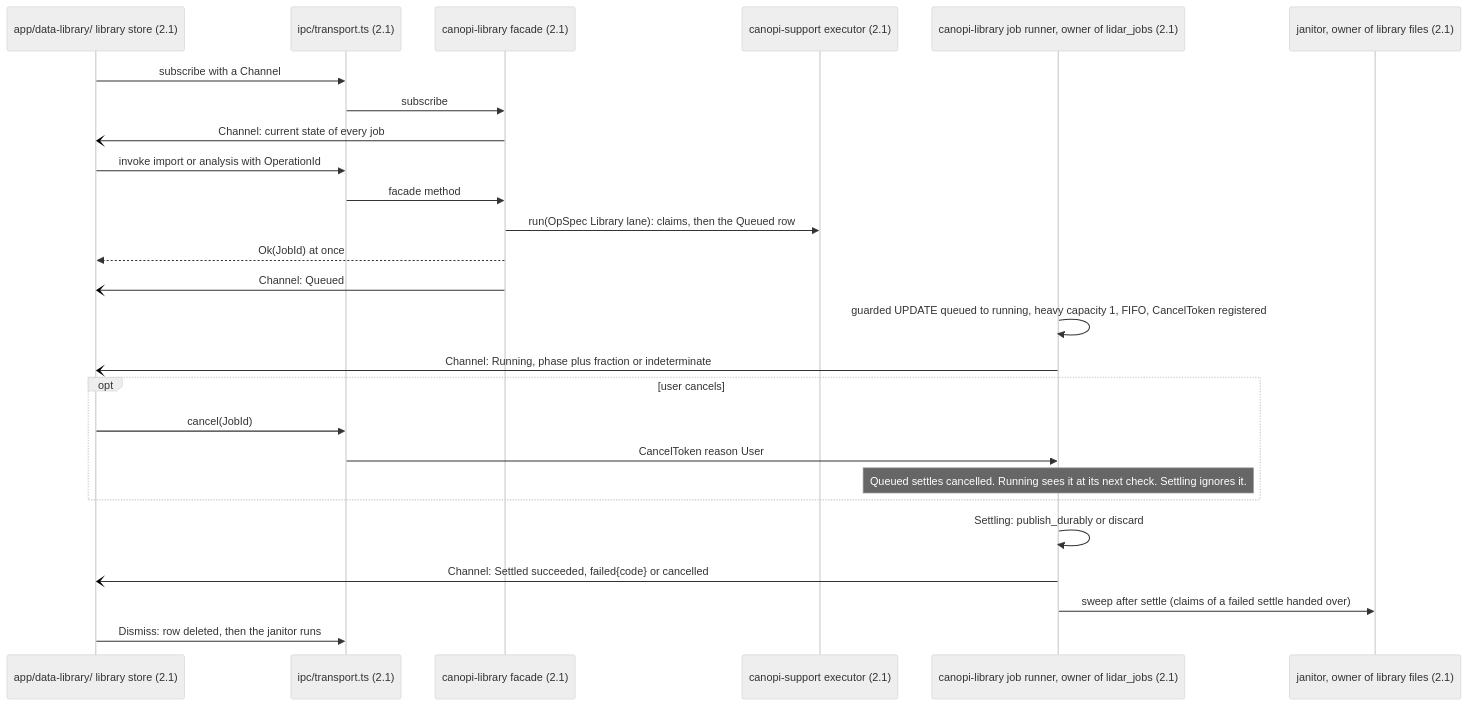
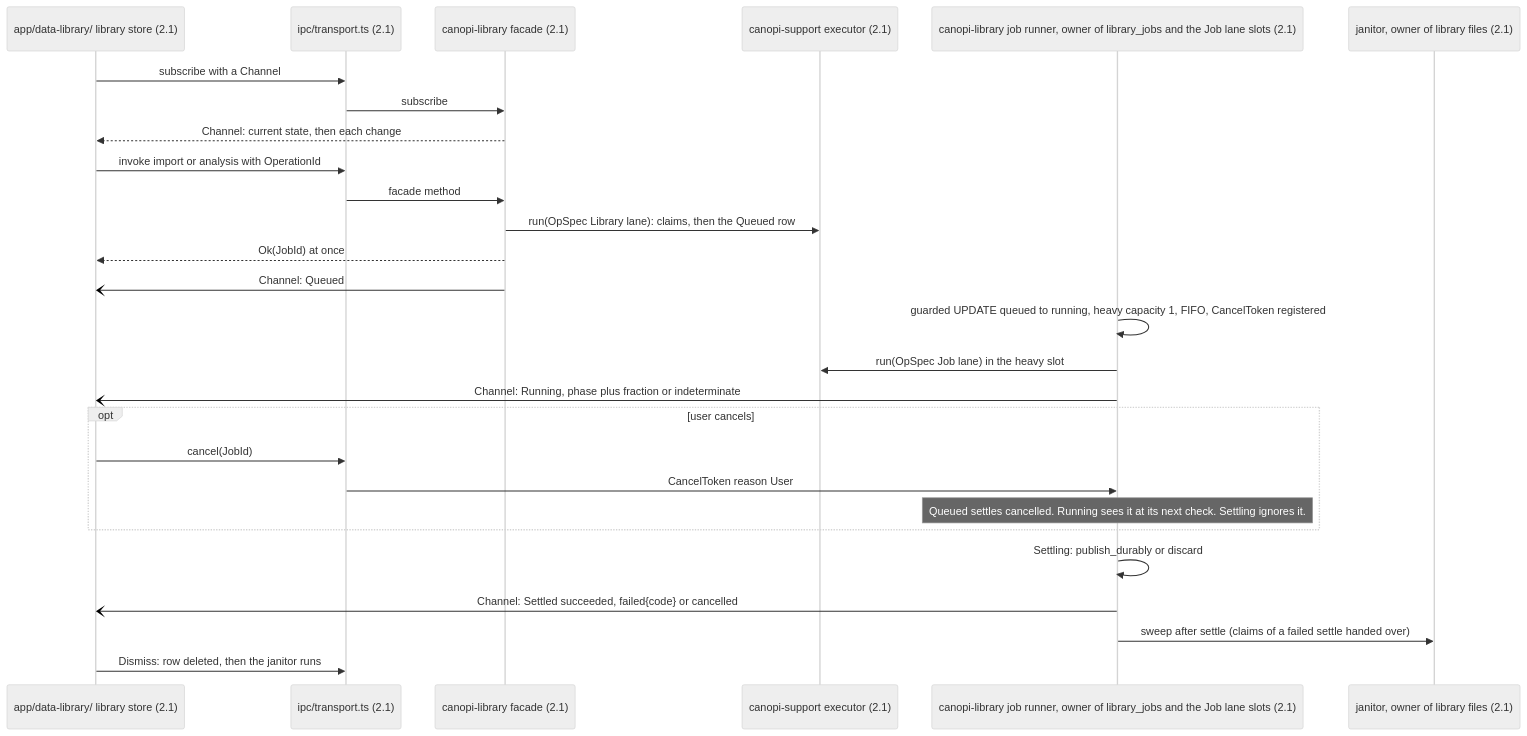
The first of 7 diagrams in docs/architecture/flows-services.md (opencanopi/canopi), drawn with Mermaid (neutral theme) before and after one commit. The commit also changed other lines of this file and 33 other files, not shown here.

Commit message:
docs: apply the architecture review's findings to ADRs, plan, contracts, ledger and model

````diff
--- a/docs/architecture/flows-services.md
+++ b/docs/architecture/flows-services.md
@@ -10,28 +10,29 @@
 ```mermaid
 sequenceDiagram
   participant UI as app/data-library/ library store (2.1)
   participant IPC as ipc/transport.ts (2.1)
   participant F as canopi-library facade (2.1)
   participant EX as canopi-support executor (2.1)
-  participant R as canopi-library job runner, owner of lidar_jobs (2.1)
+  participant R as canopi-library job runner, owner of library_jobs and the Job lane slots (2.1)
   participant J as janitor, owner of library files (2.1)
   UI->>IPC: subscribe with a Channel
   IPC->>F: subscribe
-  F-)UI: Channel: current state of every job
+  F-->>UI: Channel: current state, then each change
   UI->>IPC: invoke import or analysis with OperationId
   IPC->>F: facade method
   F->>EX: run(OpSpec Library lane): claims, then the Queued row
   F-->>UI: Ok(JobId) at once
   F-)UI: Channel: Queued
   R->>R: guarded UPDATE queued to running, heavy capacity 1, FIFO, CancelToken registered
+  R->>EX: run(OpSpec Job lane) in the heavy slot
   R-)UI: Channel: Running, phase plus fraction or indeterminate
   opt user cancels
     UI->>IPC: cancel(JobId)
     IPC->>R: CancelToken reason User
     Note over R: Queued settles cancelled. Running sees it at its next check. Settling ignores it.
   end
   R->>R: Settling: publish_durably or discard
   R-)UI: Channel: Settled succeeded, failed{code} or cancelled
   R->>J: sweep after settle (claims of a failed settle handed over)
   UI->>IPC: Dismiss: row deleted, then the janitor runs
 ```
````
